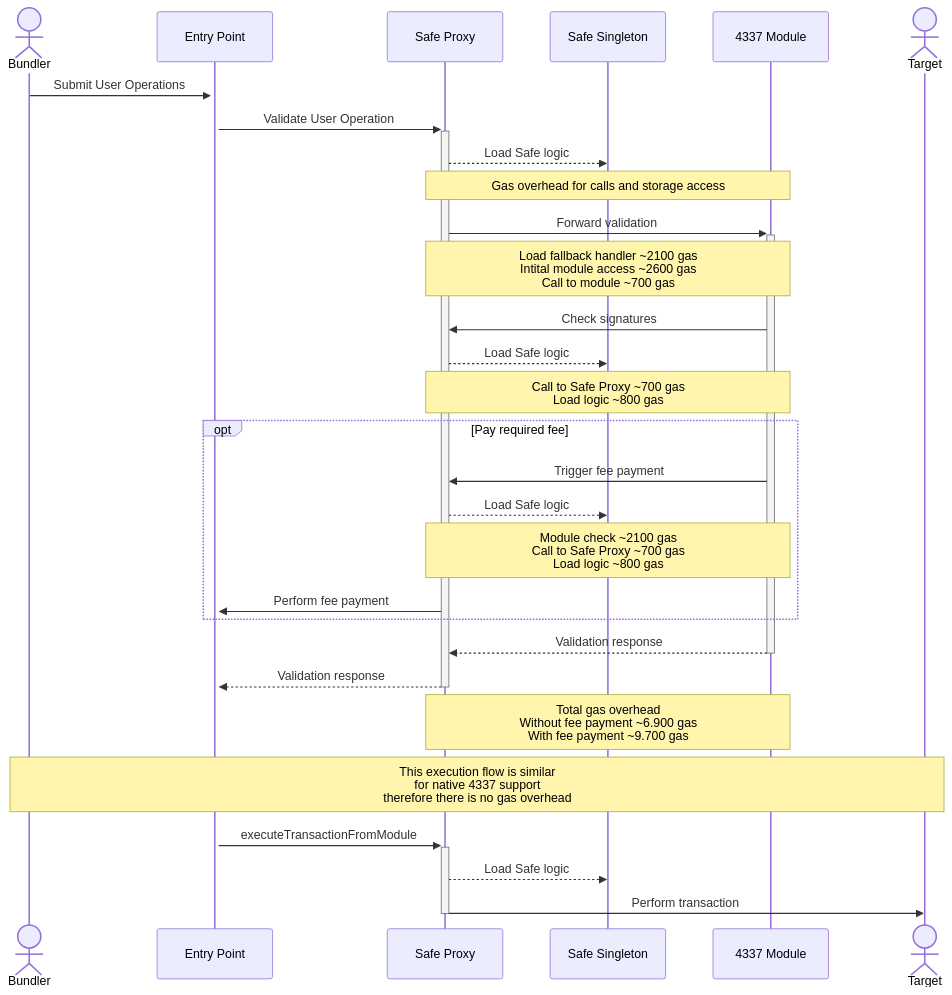
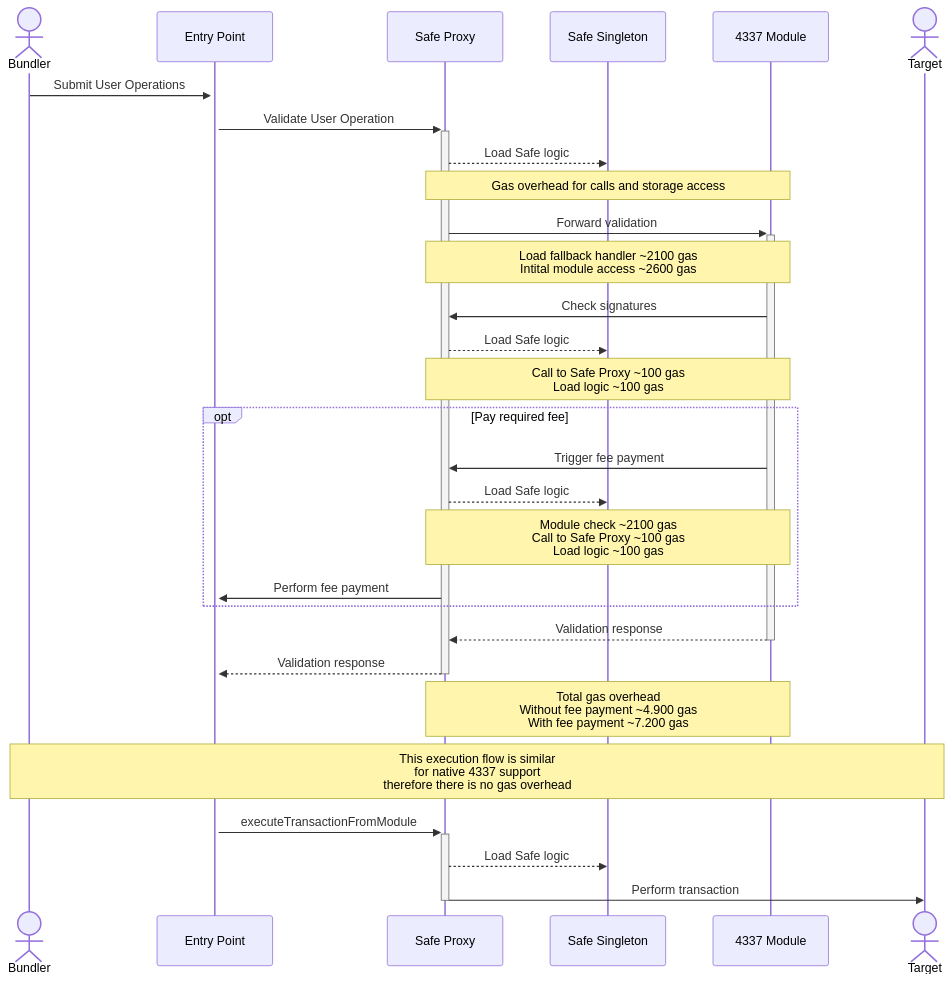
One commit to 5afe/eip4337-diatomic changed the diagram in README.md. Above: the diagram before and after it, drawn with Mermaid. The commit also changed other lines of this file, not shown here.

Commit message:
Final gas adjustments

````diff
--- a/README.md
+++ b/README.md
@@ -5,31 +5,31 @@
 ```mermaid
 sequenceDiagram
     actor B as Bundler
     participant E as Entry Point
     participant P as Safe Proxy
     participant S as Safe Singleton
     participant M as 4337 Module
     actor T as Target
     B->>+E: Submit User Operations
     E->>+P: Validate User Operation
     P-->>S: Load Safe logic
         Note over P, M: Gas overhead for calls and storage access
     P->>+M: Forward validation
-    Note over P, M: Load fallback handler ~2100 gas<br>Intital module access ~2600 gas<br>Call to module ~700 gas
+    Note over P, M: Load fallback handler ~2100 gas<br>Intital module access ~2600 gas
     M->>P: Check signatures
     P-->>S: Load Safe logic
-    Note over P, M: Call to Safe Proxy ~700 gas<br>Load logic ~800 gas
+    Note over P, M: Call to Safe Proxy ~100 gas<br>Load logic ~100 gas
     opt Pay required fee
         M->>P: Trigger fee payment
         P-->>S: Load Safe logic
-        Note over P, M: Module check ~2100 gas<br>Call to Safe Proxy ~700 gas<br>Load logic ~800 gas
+        Note over P, M: Module check ~2100 gas<br>Call to Safe Proxy ~100 gas<br>Load logic ~100 gas
         P->>E: Perform fee payment
     end
     M-->>-P: Validation response
     P-->>-E: Validation response
-        Note over P, M: Total gas overhead<br>Without fee payment ~6.900 gas<br>With fee payment ~9.700 gas
+        Note over P, M: Total gas overhead<br>Without fee payment ~4.900 gas<br>With fee payment ~7.200 gas
     Note over B, T: This execution flow is similar<br>for native 4337 support<br>therefore there is no gas overhead
     E->>+P: executeTransactionFromModule
     P-->>S: Load Safe logic
     P->>-T: Perform transaction
 ```
````
